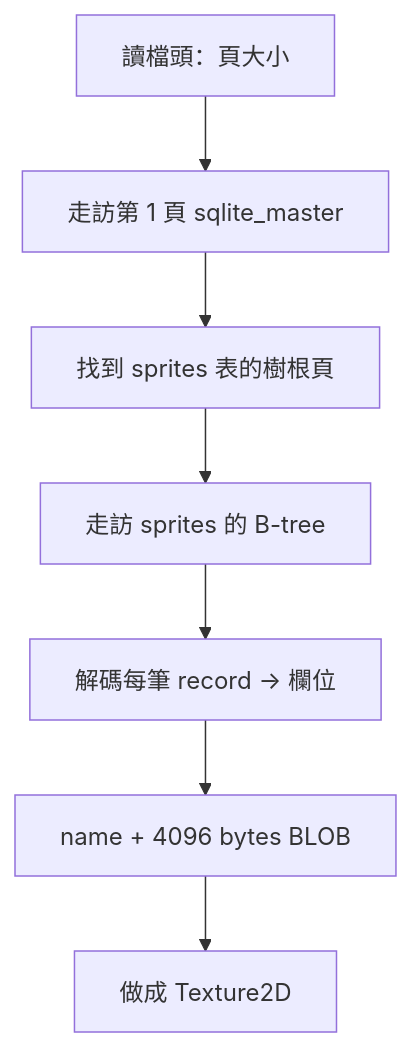
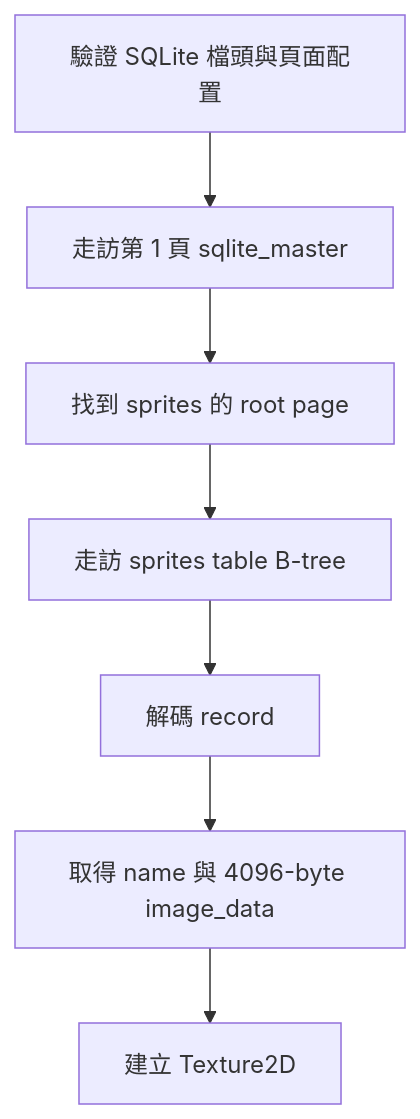
The diagram in docs/internals/sqlite-reader.md (GuoYuKai-SaMuEl/GridPlusPlus), drawn with Mermaid before and after one commit. The commit also changed other lines of this file and 13 other files, not shown here.

````diff
--- a/docs/internals/sqlite-reader.md
+++ b/docs/internals/sqlite-reader.md
@@ -23,9 +36,9 @@
 ```mermaid
 graph TD
-  A[讀檔頭：頁大小] --> B[走訪第 1 頁 sqlite_master]
-  B --> C[找到 sprites 表的樹根頁]
-  C --> D[走訪 sprites 的 B-tree]
-  D --> E[解碼每筆 record → 欄位]
-  E --> F[name + 4096 bytes BLOB]
-  F --> G[做成 Texture2D]
+  A[驗證 SQLite 檔頭與頁面配置] --> B[走訪第 1 頁 sqlite_master]
+  B --> C[找到 sprites 的 root page]
+  C --> D[走訪 sprites table B-tree]
+  D --> E[解碼 record]
+  E --> F[取得 name 與 4096-byte image_data]
+  F --> G[建立 Texture2D]
 ```
````
